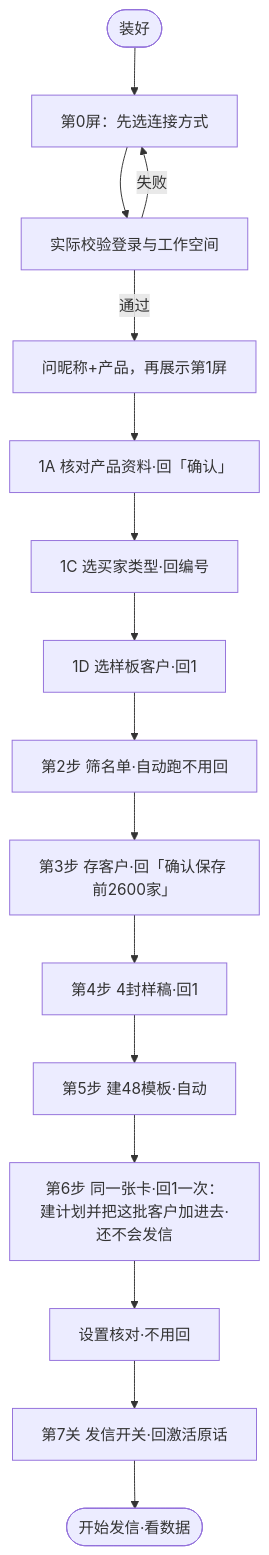
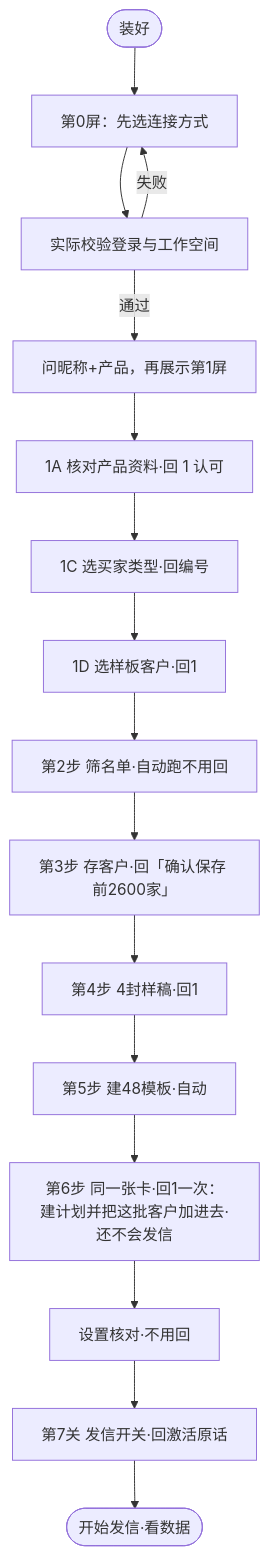
One commit to tony-apan/laifaxin-b2b-sales changed the diagram in docs/14-novice-walkthrough-demo.md. Above: the diagram before and after it, drawn with Mermaid. The commit also changed other lines of this file and 72 other files, not shown here.

````diff
--- a/docs/14-novice-walkthrough-demo.md
+++ b/docs/14-novice-walkthrough-demo.md
@@ -22,18 +22,18 @@
 ```mermaid
 flowchart TD
   A([装好]) --> B["第0屏：先选连接方式"]
   B --> V["实际校验登录与工作空间"]
   V -- "通过" --> C["问昵称+产品，再展示第1屏"]
   V -- "失败" --> B
-  C --> D["1A 核对产品资料·回「确认」"]
+  C --> D["1A 核对产品资料·回 1 认可"]
   D --> F["1C 选买家类型·回编号"]
   F --> G["1D 选样板客户·回1"]
   G --> H["第2步 筛名单·自动跑不用回"]
   H --> I["第3步 存客户·回「确认保存 前2600家」"]
   I --> J["第4步 4封样稿·回1"]
   J --> K["第5步 建48模板·自动"]
   K --> L["第6步 同一张卡·回1一次：建计划并把这批客户加进去·还不会发信"]
   L --> M2["设置核对·不用回"]
   M2 --> N["第7关 发信开关·回激活原话"]
   N --> O([开始发信·看数据])
 ```
````
